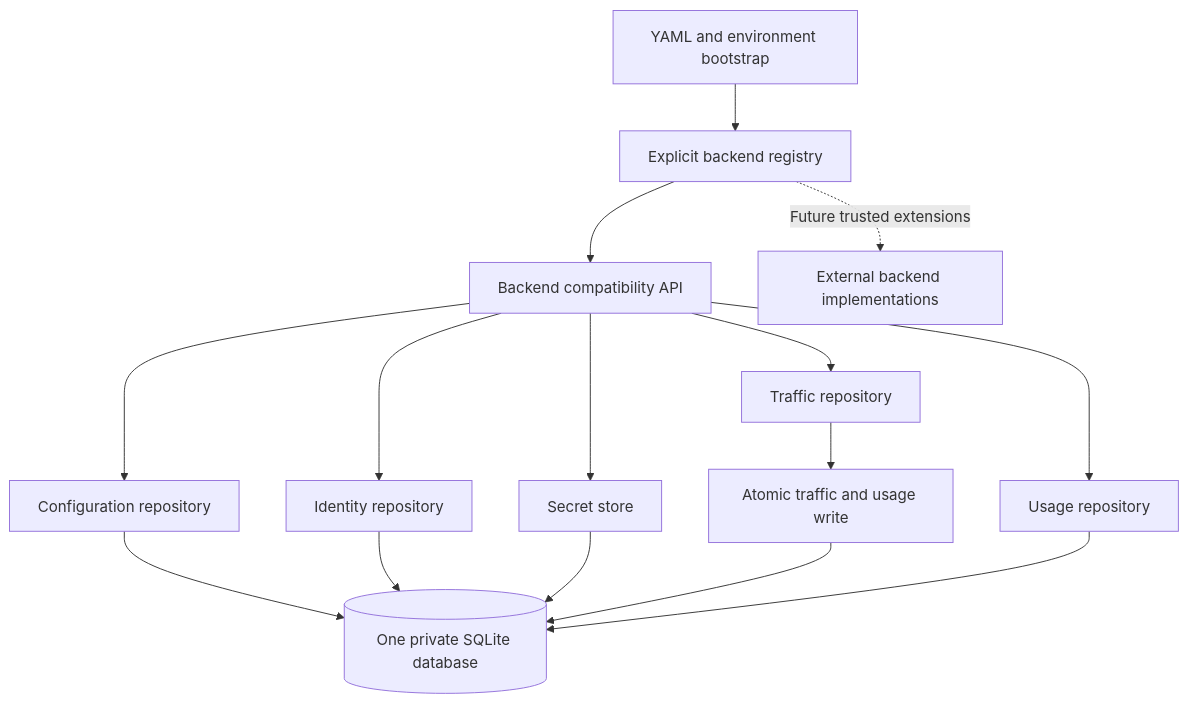
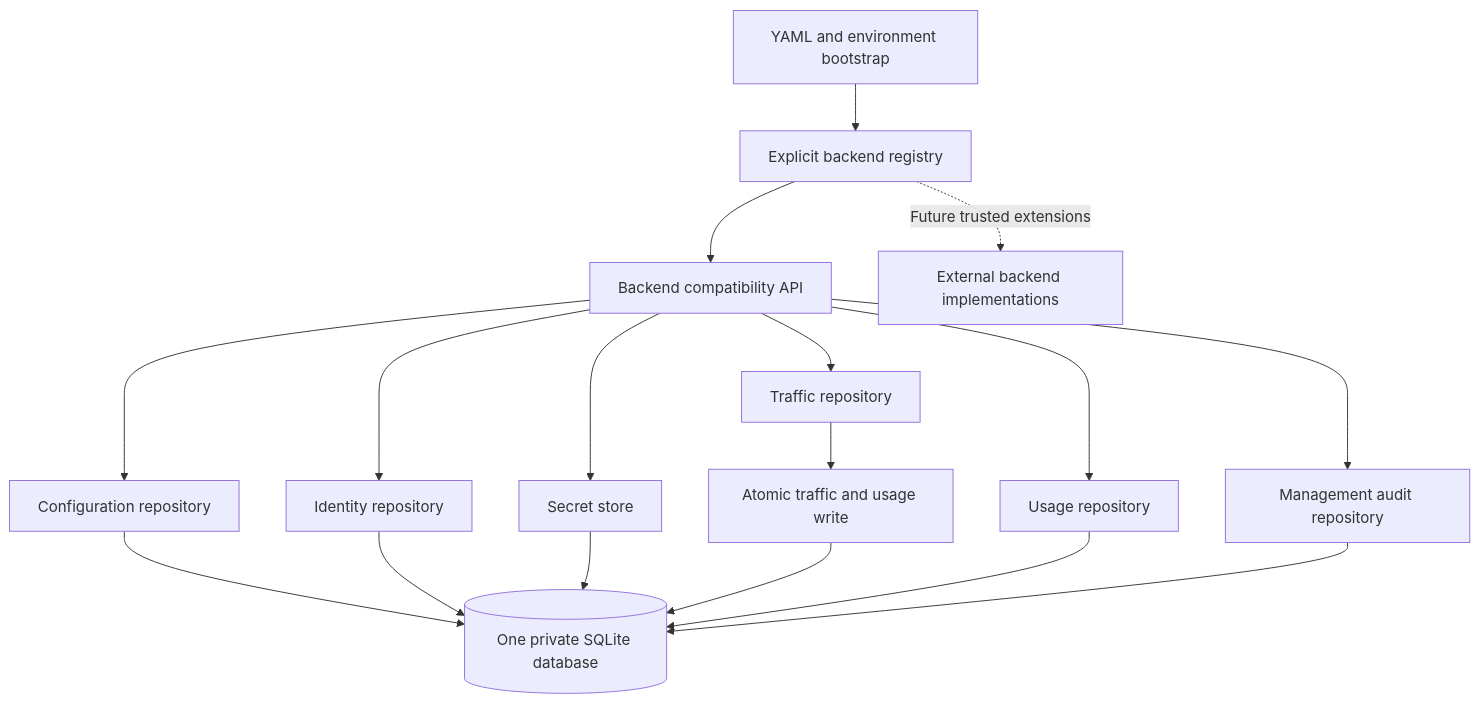
One commit to m87techlabs/m87-ai-gateway changed the diagram in docs/backend-adapters.md. Above: the diagram before and after it, drawn with Mermaid. The commit also changed other lines of this file and 37 other files, not shown here.

````diff
--- a/docs/backend-adapters.md
+++ b/docs/backend-adapters.md
@@ -11,17 +11,19 @@
 ```mermaid
 flowchart TB
     Bootstrap[YAML and environment bootstrap] --> Registry[Explicit backend registry]
     Registry --> Facade[Backend compatibility API]
     Facade --> Config[Configuration repository]
     Facade --> Identity[Identity repository]
     Facade --> Secrets[Secret store]
     Facade --> Traffic[Traffic repository]
     Facade --> Usage[Usage repository]
+    Facade --> Audit[Management audit repository]
     Config --> SQLite[(One private SQLite database)]
     Identity --> SQLite
     Secrets --> SQLite
     Traffic --> Transaction[Atomic traffic and usage write]
     Transaction --> SQLite
     Usage --> SQLite
+    Audit --> SQLite
     Registry -. Future trusted extensions .-> Remote[External backend implementations]
 ```
````
